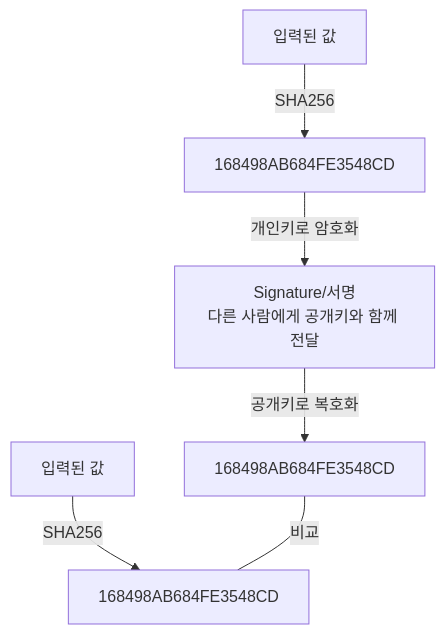
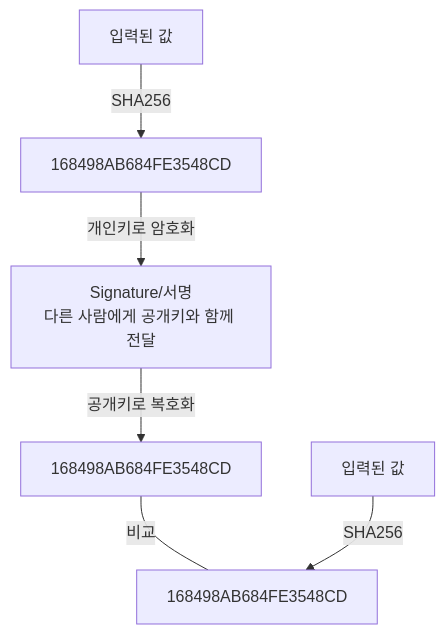
Before and after one commit to KyungHoonJ/blockchain7: the third of 3 diagrams in New.No.071/ReadMe.md, drawn with Mermaid. The commit also changed 17 other files, not shown here.

````diff
--- a/New.No.071/ReadMe.md
+++ b/New.No.071/ReadMe.md
@@ -39,12 +39,11 @@
     ```mermaid
     flowchart
     A[입력된 값]
     B[168498AB684FE3548CD]
     C[Signature/서명\n다른 사람에게 공개키와 함께 전달]
     D[168498AB684FE3548CD]
     E[입력된 값]
     F[168498AB684FE3548CD]
-    A-->|SHA256|B-->|개인키로 암호화|C-->|공개키로 복호화|D
+    A-->|SHA256|B-->|개인키로 암호화|C-->|공개키로 복호화|D---|비교|F
     E-->|SHA256|F
-    D---|비교|F
     ```
````
